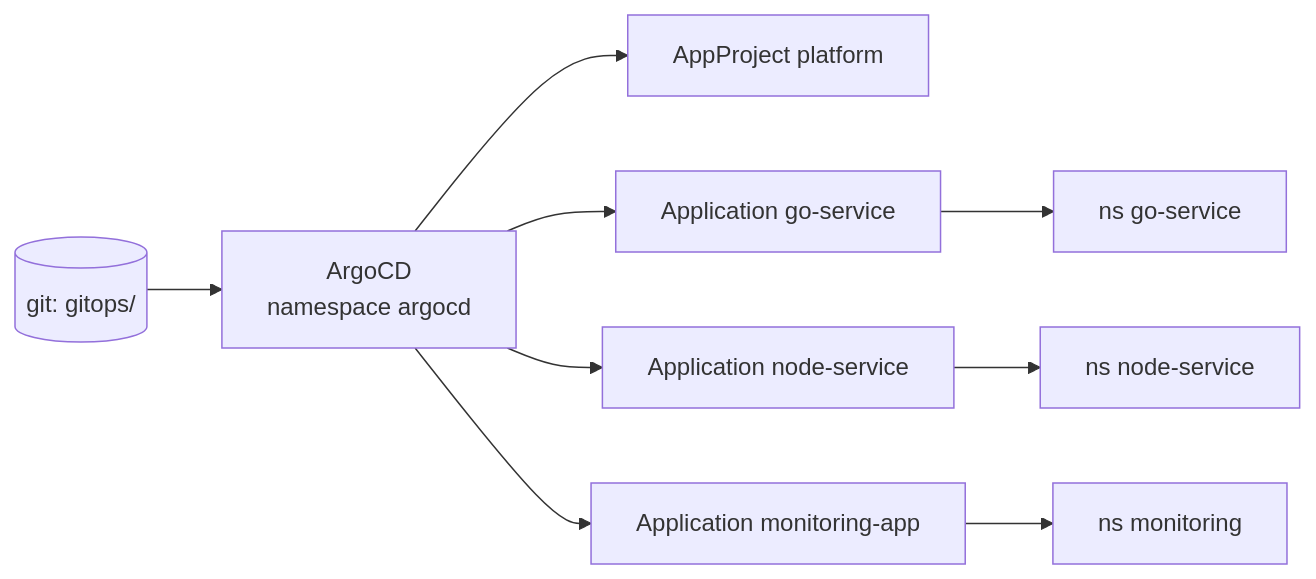
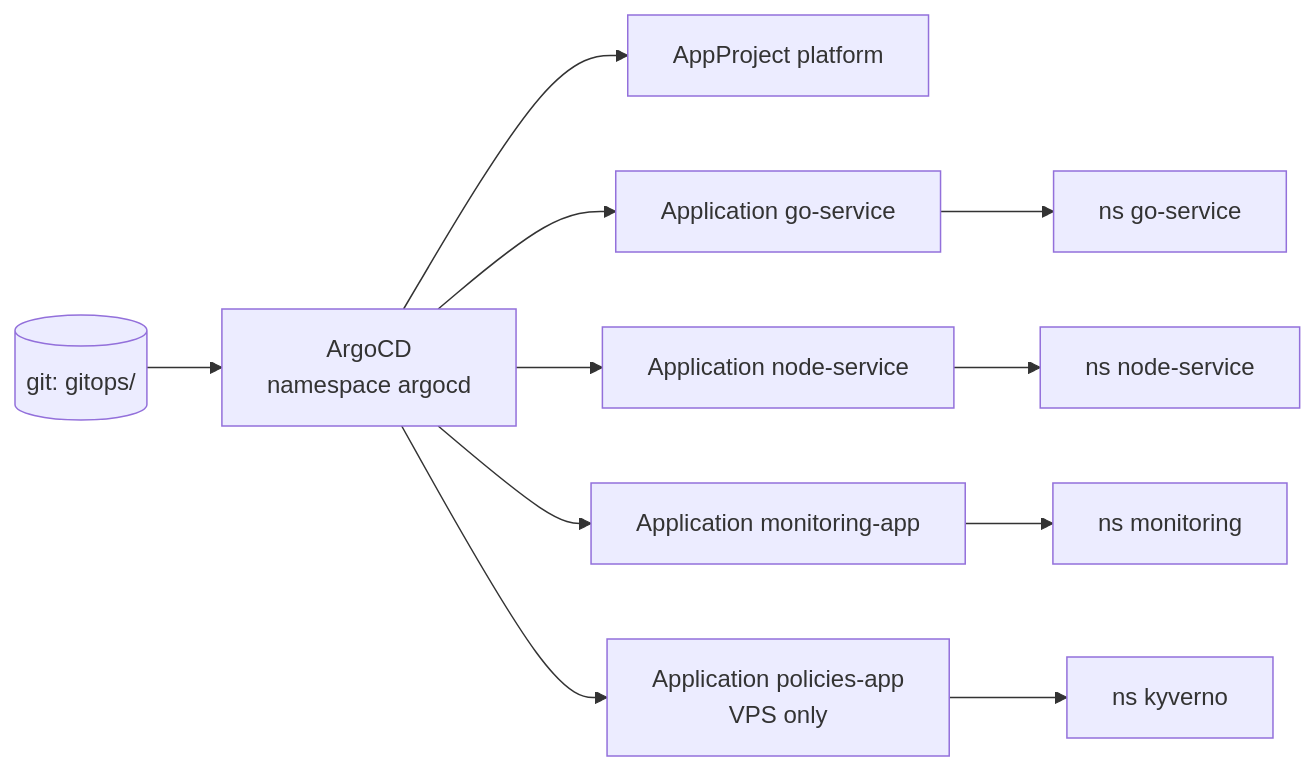
One commit to eann1s/cicd-platform changed the second of 7 diagrams in docs/architecture.md. Above: the diagram before and after it, drawn with Mermaid. The commit also changed other lines of this file and 6 other files, not shown here.

````diff
--- a/docs/architecture.md
+++ b/docs/architecture.md
@@ -141,8 +162,9 @@
 ```mermaid
 flowchart LR
   repo[(git: gitops/)] --> argo[ArgoCD<br/>namespace argocd]
   argo --> proj[AppProject platform]
   argo --> goapp[Application go-service] --> gons[ns go-service]
   argo --> nodeapp[Application node-service] --> nodens[ns node-service]
   argo --> monapp[Application monitoring-app] --> monns[ns monitoring]
+  argo --> polapp[Application policies-app<br/>VPS only] --> kyvns[ns kyverno]
 ```
````
